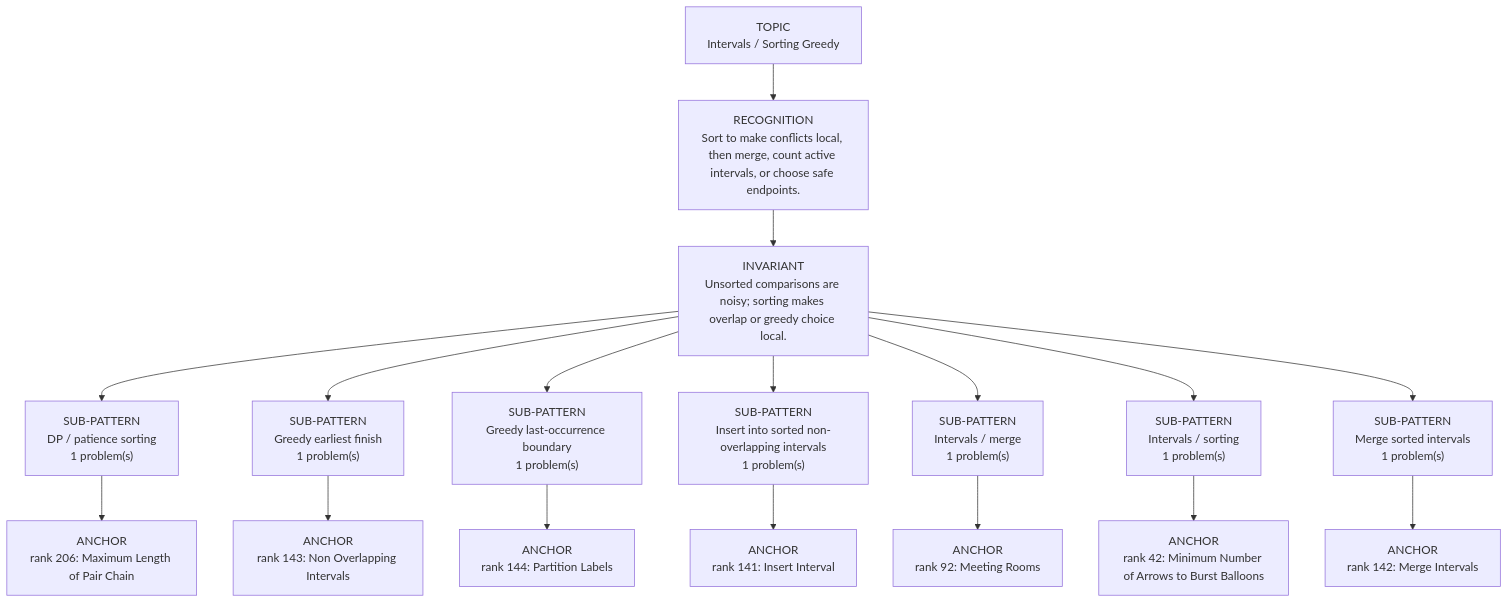
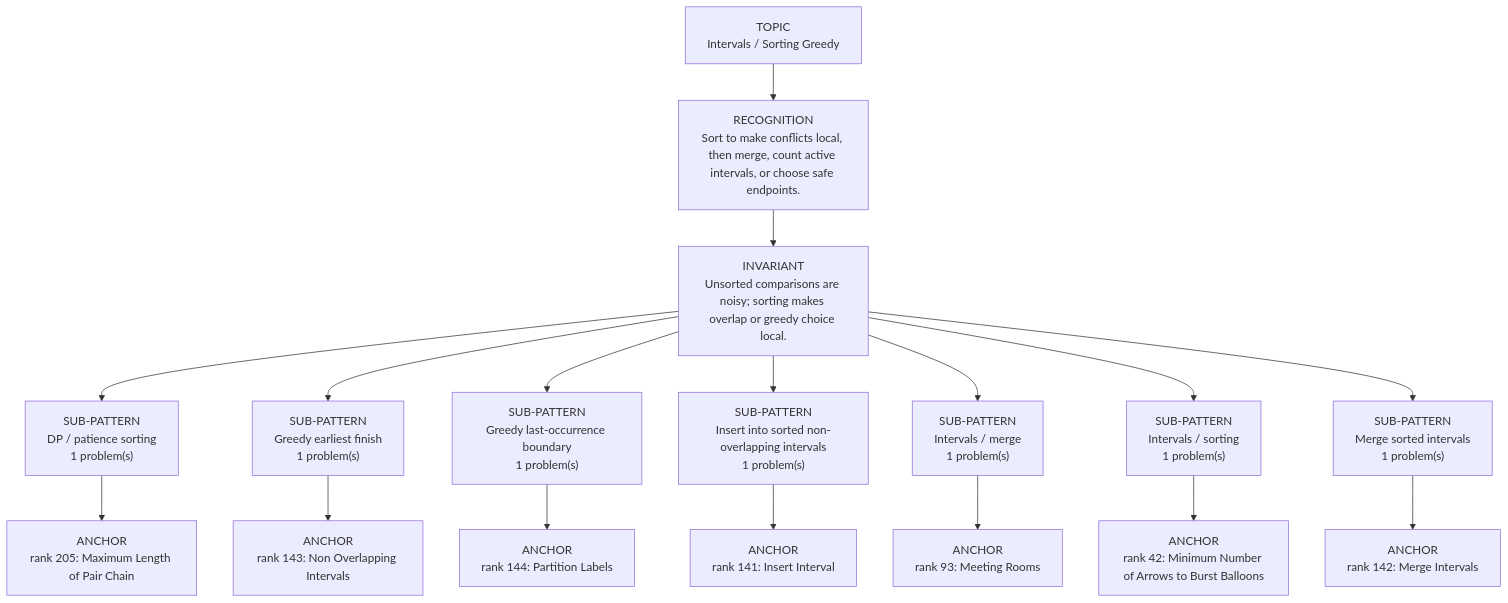
One commit to thechiranjeevjain/DSA10days changed the diagram in dsa-review/interview/patterns/17_intervals_greedy.md. Above: the diagram before and after it, drawn with Mermaid. The commit also changed other lines of this file and 51 other files, not shown here.

````diff
--- a/dsa-review/interview/patterns/17_intervals_greedy.md
+++ b/dsa-review/interview/patterns/17_intervals_greedy.md
@@ -15,21 +15,21 @@
 ```mermaid
 flowchart TD
   Topic["TOPIC<br/>Intervals / Sorting Greedy"]
   Recognition["RECOGNITION<br/>Sort to make conflicts local, then merge, count active intervals, or choose safe endpoints."]
   Invariant["INVARIANT<br/>Unsorted comparisons are noisy; sorting makes overlap or greedy choice local."]
   Topic --> Recognition --> Invariant
   Invariant --> Sub01["SUB-PATTERN<br/>DP / patience sorting<br/>1 problem(s)"]
-  Sub01 --> Sub01A01["ANCHOR<br/>rank 206: Maximum Length of Pair Chain"]
+  Sub01 --> Sub01A01["ANCHOR<br/>rank 205: Maximum Length of Pair Chain"]
   Invariant --> Sub02["SUB-PATTERN<br/>Greedy earliest finish<br/>1 problem(s)"]
   Sub02 --> Sub02A01["ANCHOR<br/>rank 143: Non Overlapping Intervals"]
   Invariant --> Sub03["SUB-PATTERN<br/>Greedy last-occurrence boundary<br/>1 problem(s)"]
   Sub03 --> Sub03A01["ANCHOR<br/>rank 144: Partition Labels"]
   Invariant --> Sub04["SUB-PATTERN<br/>Insert into sorted non-overlapping intervals<br/>1 problem(s)"]
   Sub04 --> Sub04A01["ANCHOR<br/>rank 141: Insert Interval"]
   Invariant --> Sub05["SUB-PATTERN<br/>Intervals / merge<br/>1 problem(s)"]
-  Sub05 --> Sub05A01["ANCHOR<br/>rank 92: Meeting Rooms"]
+  Sub05 --> Sub05A01["ANCHOR<br/>rank 93: Meeting Rooms"]
   Invariant --> Sub06["SUB-PATTERN<br/>Intervals / sorting<br/>1 problem(s)"]
   Sub06 --> Sub06A01["ANCHOR<br/>rank 42: Minimum Number of Arrows to Burst Balloons"]
   Invariant --> Sub07["SUB-PATTERN<br/>Merge sorted intervals<br/>1 problem(s)"]
   Sub07 --> Sub07A01["ANCHOR<br/>rank 142: Merge Intervals"]
 ```
````
